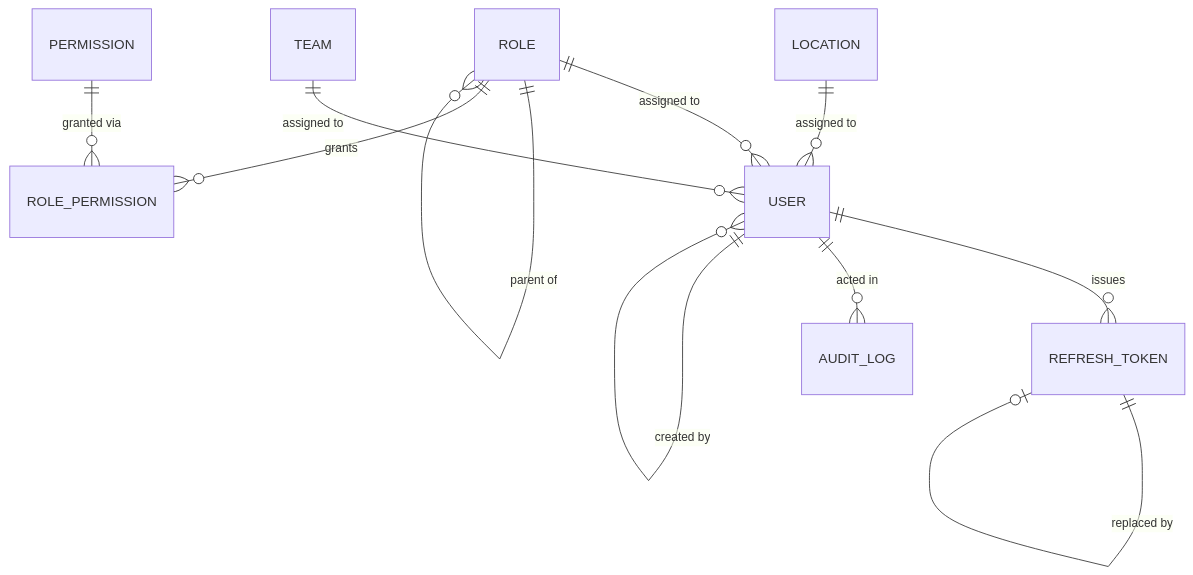
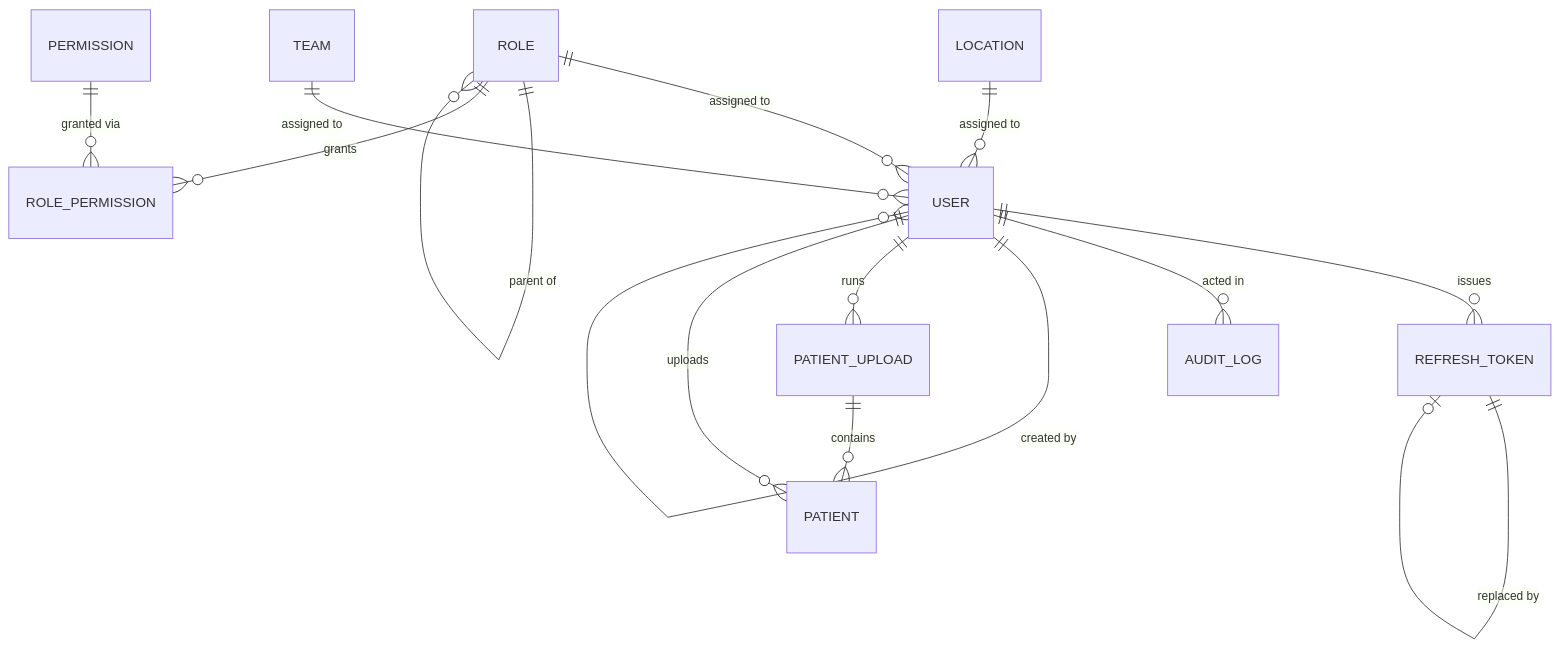
One commit to FlamZey/patient-data-management changed the diagram in docs/database-schema.md. Above: the diagram before and after it, drawn with Mermaid. The commit also changed other lines of this file and 4 other files, not shown here.

First line of the commit message:
Document patient endpoints, user pagination, and add usage guide

````diff
--- a/docs/database-schema.md
+++ b/docs/database-schema.md
@@ -7,13 +7,16 @@
 ```mermaid
 erDiagram
     ROLE ||--o{ USER : "assigned to"
     ROLE ||--o{ ROLE : "parent of"
     LOCATION ||--o{ USER : "assigned to"
     TEAM ||--o{ USER : "assigned to"
     ROLE ||--o{ ROLE_PERMISSION : grants
     PERMISSION ||--o{ ROLE_PERMISSION : "granted via"
     USER ||--o{ REFRESH_TOKEN : issues
     USER ||--o{ AUDIT_LOG : "acted in"
     USER ||--o{ USER : "created by"
     REFRESH_TOKEN ||--o| REFRESH_TOKEN : "replaced by"
+    USER ||--o{ PATIENT_UPLOAD : runs
+    USER ||--o{ PATIENT : uploads
+    PATIENT_UPLOAD ||--o{ PATIENT : contains
 ```
````
